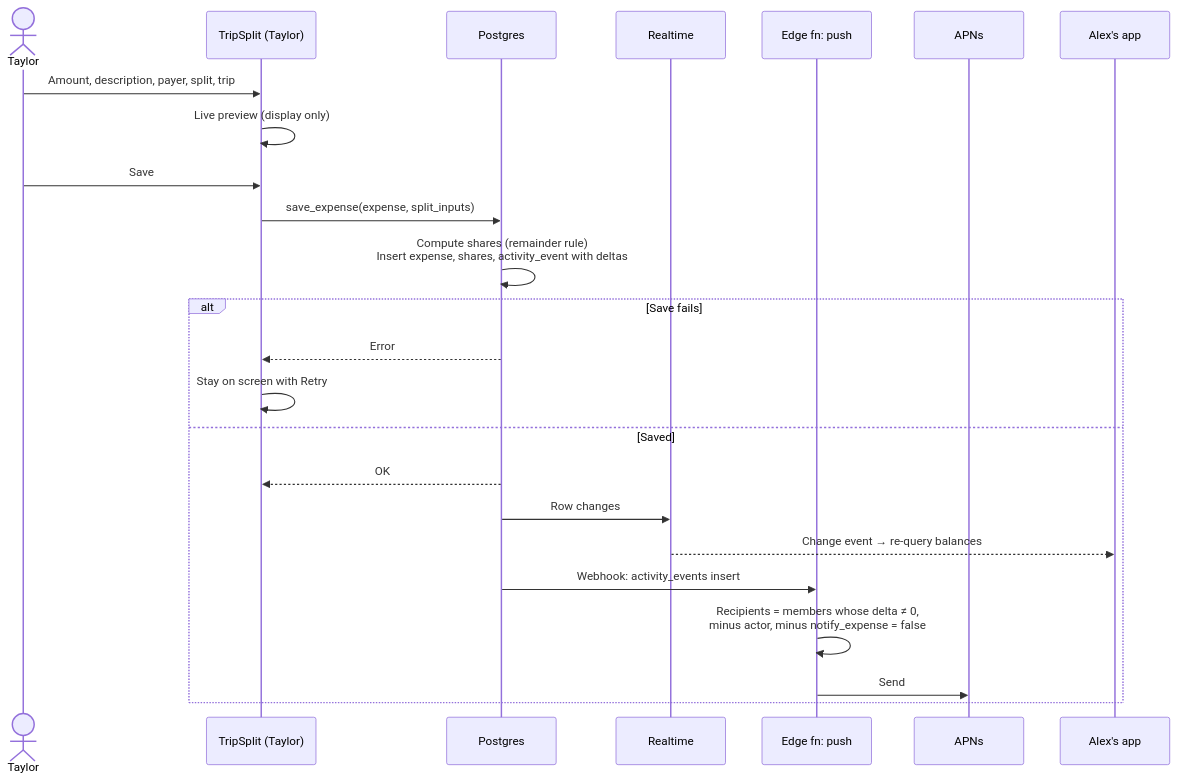
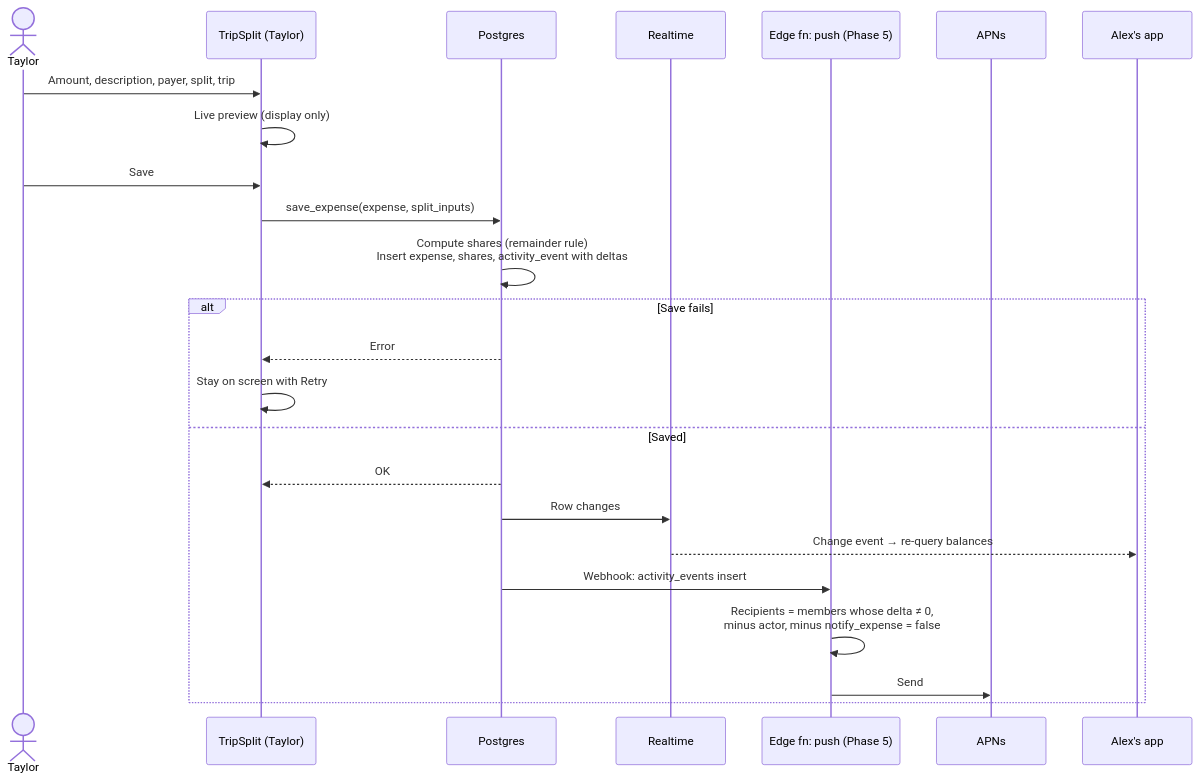
The second of 6 diagrams in docs/flows.md (taytayrad/tripsplit-ios), drawn with Mermaid before and after one commit. The commit also changed other lines of this file and 8 other files, not shown here.

````diff
--- a/docs/flows.md
+++ b/docs/flows.md
@@ -36,27 +36,27 @@
 ```mermaid
 sequenceDiagram
     actor T as Taylor
     participant App as TripSplit (Taylor)
     participant DB as Postgres
     participant RT as Realtime
-    participant Push as Edge fn: push
+    participant Push as Edge fn: push (Phase 5)
     participant APNs
     participant Other as Alex's app
 
     T->>App: Amount, description, payer, split, trip
     App->>App: Live preview (display only)
     T->>App: Save
     App->>DB: save_expense(expense, split_inputs)
     DB->>DB: Compute shares (remainder rule)<br/>Insert expense, shares, activity_event with deltas
     alt Save fails
         DB-->>App: Error
         App->>App: Stay on screen with Retry
     else Saved
         DB-->>App: OK
         DB->>RT: Row changes
         RT-->>Other: Change event → re-query balances
         DB->>Push: Webhook: activity_events insert
         Push->>Push: Recipients = members whose delta ≠ 0,<br/>minus actor, minus notify_expense = false
         Push->>APNs: Send
     end
 ```
````
